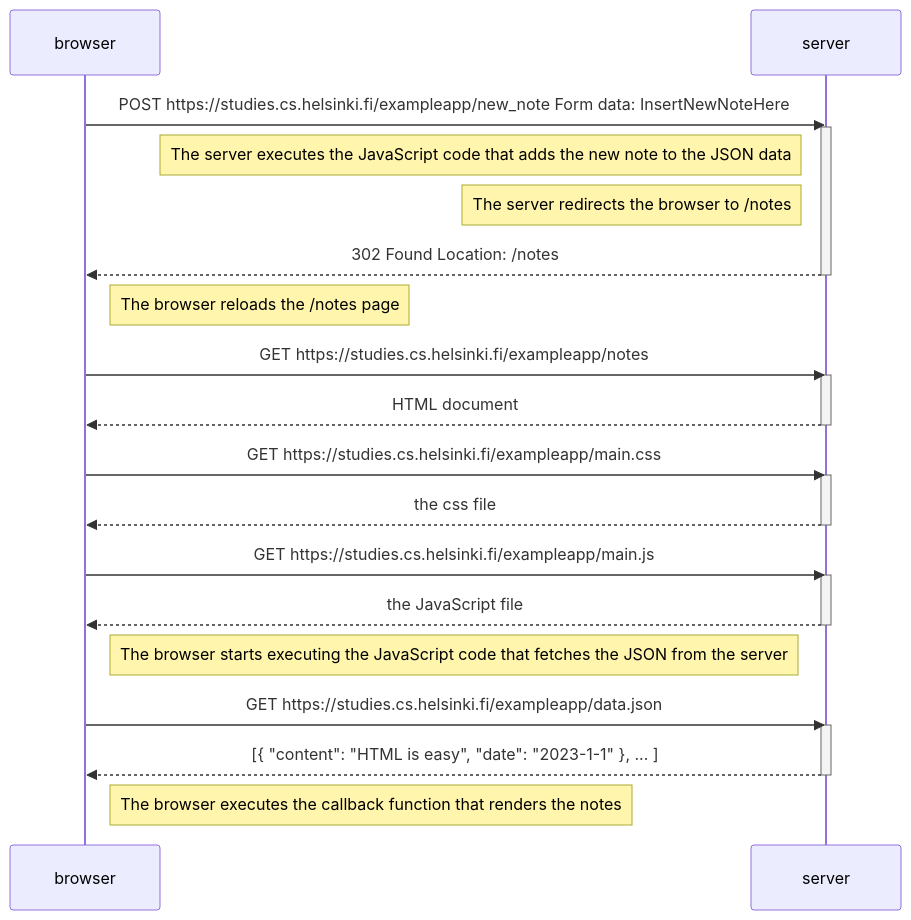
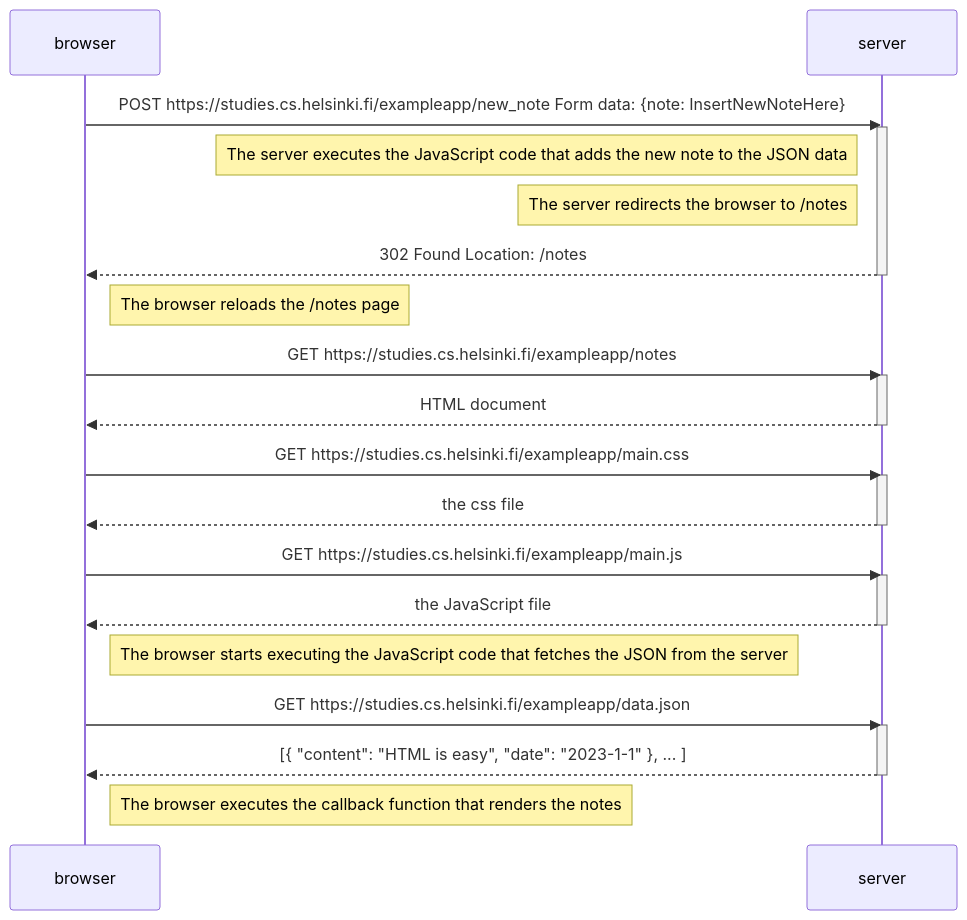
Before and after one commit to Jatynjala/Fullstackosa0: the diagram in fullstack-0-4.md, drawn with Mermaid.

````diff
--- a/fullstack-0-4.md
+++ b/fullstack-0-4.md
@@ -1,41 +1,41 @@
 ```mermaid
 sequenceDiagram
   participant browser
   participant server
 
-  browser->>server: POST https://studies.cs.helsinki.fi/exampleapp/new_note  Form data: InsertNewNoteHere
+  browser->>server: POST https://studies.cs.helsinki.fi/exampleapp/new_note  Form data: {note: InsertNewNoteHere}
   activate server
 
   Note left of server: The server executes the JavaScript code that adds the new note to the JSON data
 
   Note left of server: The server redirects the browser to /notes
 
   server-->>browser: 302 Found  Location: /notes
   deactivate server
 
   Note right of browser: The browser reloads the /notes page
 
   browser->>server: GET https://studies.cs.helsinki.fi/exampleapp/notes
   activate server
   server-->>browser: HTML document
   deactivate server
     
   browser->>server: GET https://studies.cs.helsinki.fi/exampleapp/main.css
   activate server
   server-->>browser: the css file
   deactivate server
     
   browser->>server: GET https://studies.cs.helsinki.fi/exampleapp/main.js
   activate server
   server-->>browser: the JavaScript file
   deactivate server
     
   Note right of browser: The browser starts executing the JavaScript code that fetches the JSON from the server
     
   browser->>server: GET https://studies.cs.helsinki.fi/exampleapp/data.json
   activate server
   server-->>browser: [{ "content": "HTML is easy", "date": "2023-1-1" }, ... ]
   deactivate server    
 
   Note right of browser: The browser executes the callback function that renders the notes 
 ```
````
